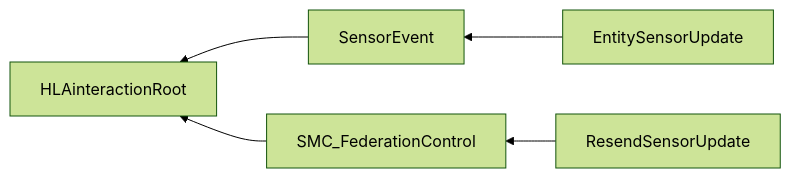
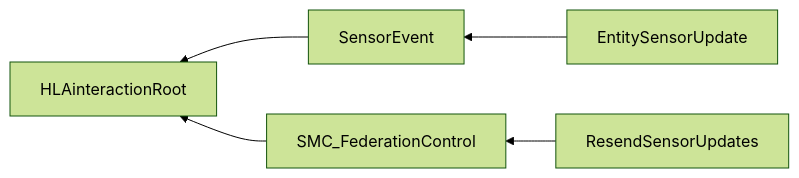
One commit to AMSP-04/NETN-ENTITY changed the second of 2 diagrams in NETN-ENTITY.md. Above: the diagram before and after it, drawn with Mermaid (forest theme). The commit also changed other lines of this file and 1 other file, not shown here.

````diff
--- a/NETN-ENTITY.md
+++ b/NETN-ENTITY.md
@@ -52,7 +52,7 @@
 ```mermaid
 graph RL
 SensorEvent-->HLAinteractionRoot
 SMC_FederationControl-->HLAinteractionRoot
 EntitySensorUpdate-->SensorEvent
-ResendSensorUpdate-->SMC_FederationControl
+ResendSensorUpdates-->SMC_FederationControl
 ```
````
